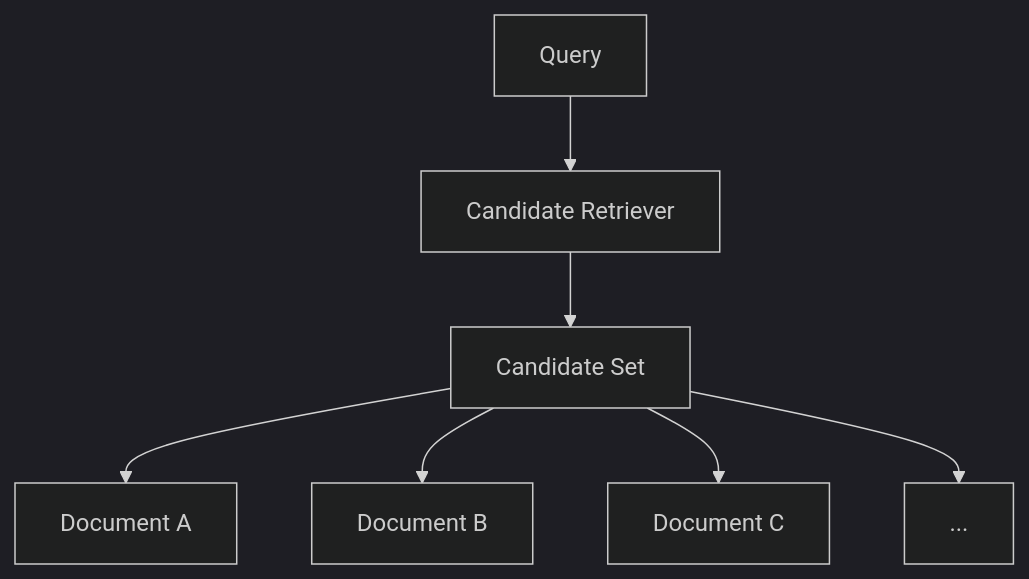
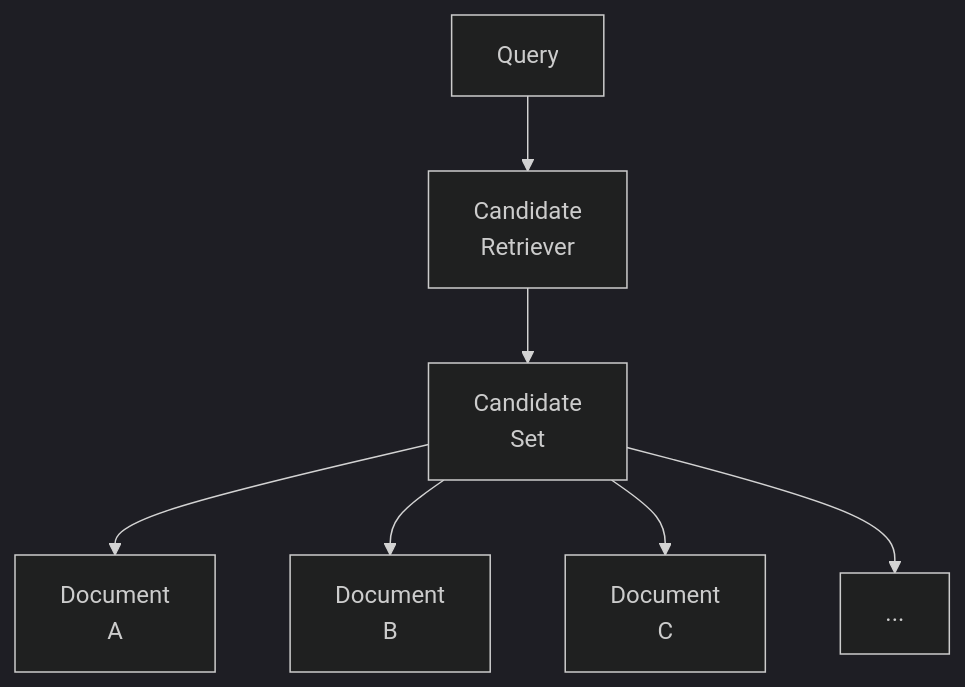
Before and after one commit to MihirKJha/enterprise-ai-blog: the second of 10 diagrams in docs/architecture-insights/genai-and-rag/3.5_architecting_multi_stage_retrieval_from_recall_to_precision.md, drawn with Mermaid (dark theme). The commit also changed other lines of this file and 1 other file, not shown here.

````diff
--- a/docs/architecture-insights/genai-and-rag/3.5_architecting_multi_stage_retrieval_from_recall_to_precision.md
+++ b/docs/architecture-insights/genai-and-rag/3.5_architecting_multi_stage_retrieval_from_recall_to_precision.md
@@ -95,9 +95,9 @@
 ```mermaid
 flowchart TD
-    Q[Query] --> R[Candidate Retriever]
-    R --> C[Candidate Set]
-    C --> D1[Document A]
-    C --> D2[Document B]
-    C --> D3[Document C]
+    Q[Query] --> R[Candidate<br/>Retriever]
+    R --> C[Candidate<br/>Set]
+    C --> D1[Document<br/>A]
+    C --> D2[Document<br/>B]
+    C --> D3[Document<br/>C]
     C --> DN[...]
 ```
````
